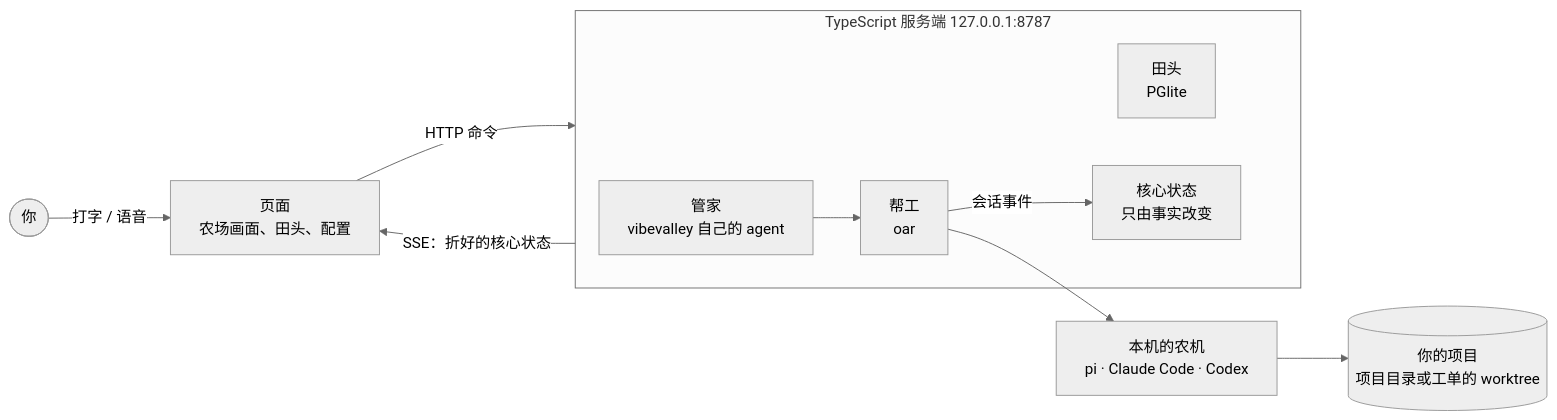
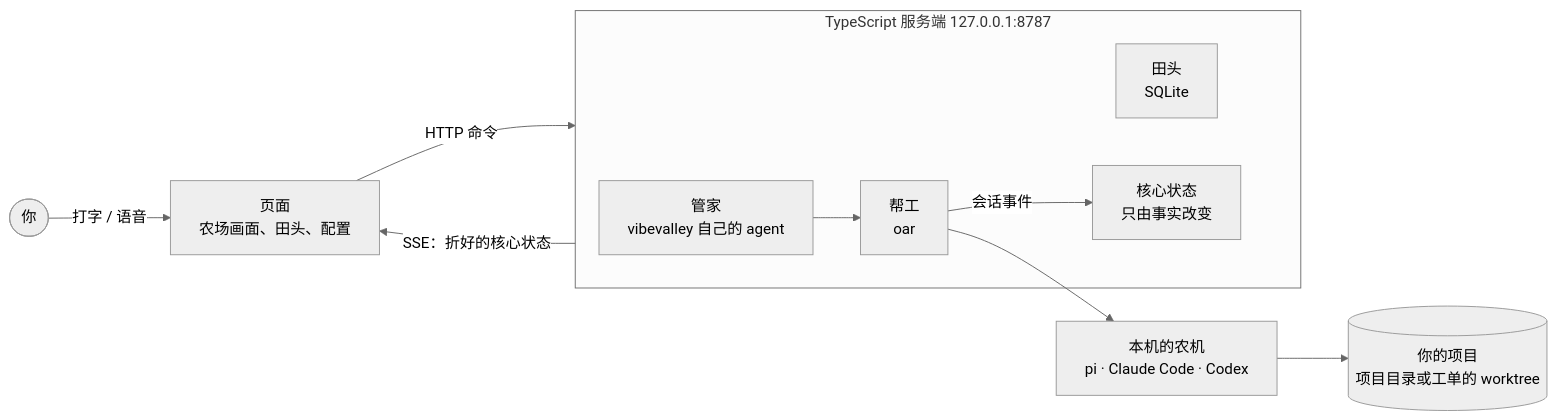
One commit to vibevalleyhq/vibevalley changed the diagram in README.md. Above: the diagram before and after it, drawn with Mermaid (neutral theme). The commit also changed other lines of this file and 966 other files, not shown here.

````diff
--- a/README.md
+++ b/README.md
@@ -34,16 +34,16 @@
 ```mermaid
 flowchart LR
   you([你]) -- 打字 / 语音 --> app[页面<br/>农场画面、田头、配置]
   app -- HTTP 命令 --> server
   server -- SSE：折好的核心状态 --> app
   subgraph server[TypeScript 服务端 127.0.0.1:8787]
     manager[管家<br/>vibevalley 自己的 agent]
-    chat[田头<br/>PGlite]
+    chat[田头<br/>SQLite]
     site[核心状态<br/>只由事实改变]
     sessions[帮工<br/>oar]
   end
   manager --> sessions
   sessions -- 会话事件 --> site
   sessions --> rt[本机的农机<br/>pi · Claude Code · Codex]
   rt --> repo[(你的项目<br/>项目目录或工单的 worktree)]
 ```
````
